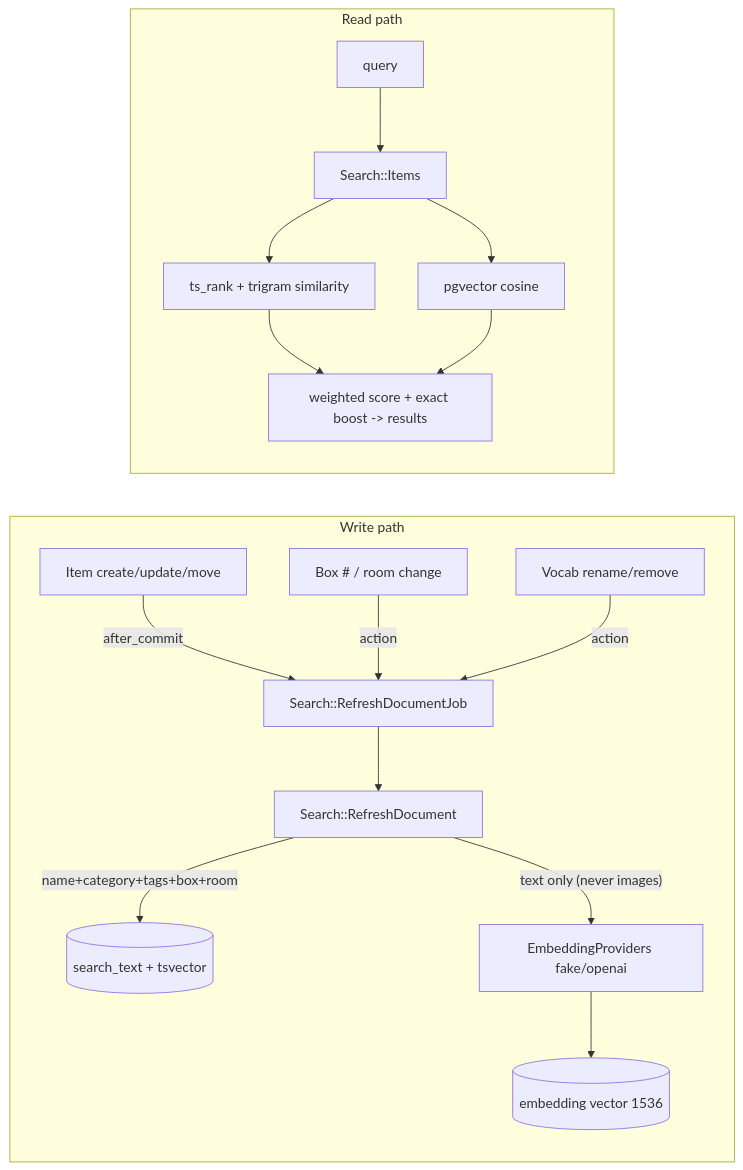
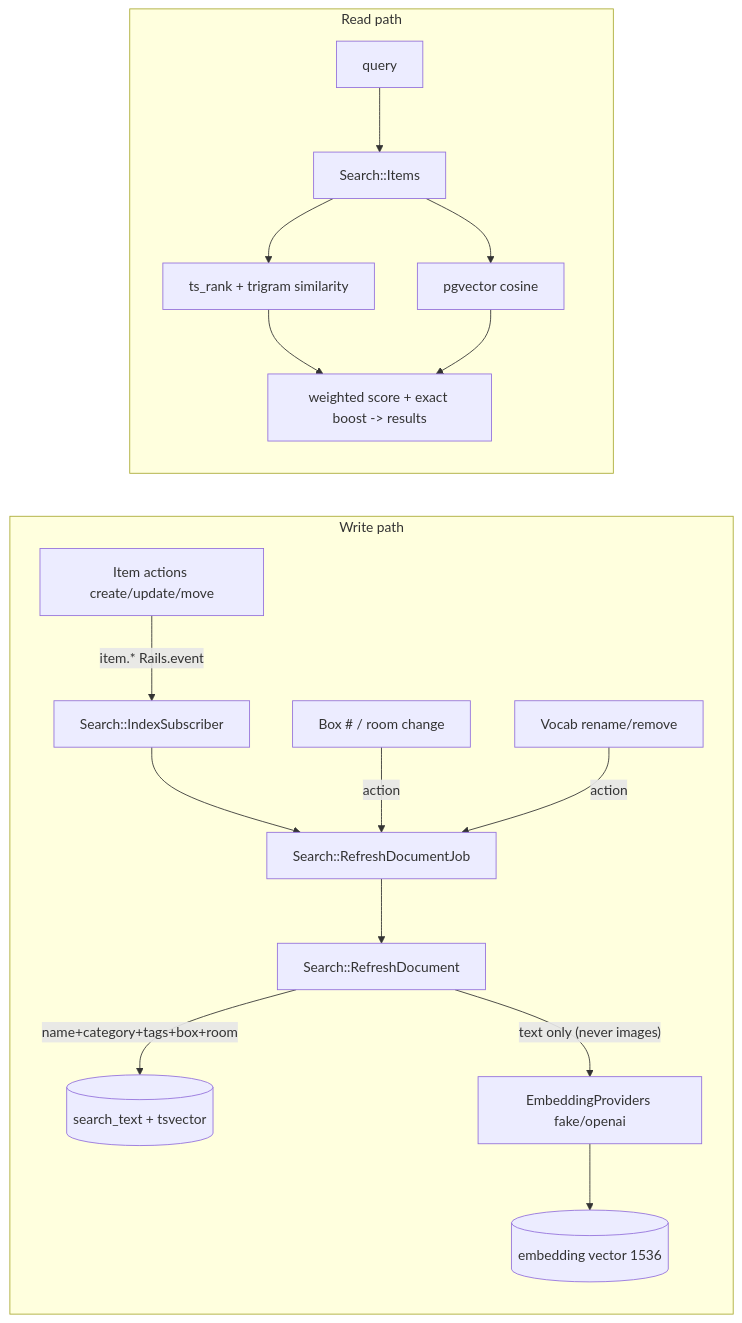
The diagram in doc/phases/Phase D8 - Steps.md (joel/move), drawn with Mermaid before and after one commit. The commit also changed other lines of this file and 9 other files, not shown here.

First line of the commit message:
refactor(search): event-driven indexing via subscriber, not model callbacks (#75 review)

````diff
--- a/doc/phases/Phase D8 - Steps.md
+++ b/doc/phases/Phase D8 - Steps.md
@@ -13,18 +13,19 @@
 ```mermaid
 flowchart LR
   subgraph write[Write path]
-    I[Item create/update/move] -- after_commit --> J[Search::RefreshDocumentJob]
+    I[Item actions create/update/move] -- "item.* Rails.event" --> SUB[Search::IndexSubscriber]
+    SUB --> J[Search::RefreshDocumentJob]
     B[Box # / room change] -- action --> J
     V[Vocab rename/remove] -- action --> J
     J --> RD[Search::RefreshDocument]
     RD -- "name+category+tags+box+room" --> T[(search_text + tsvector)]
     RD -- "text only (never images)" --> E[EmbeddingProviders fake/openai]
     E --> EMB[(embedding vector 1536)]
   end
   subgraph read[Read path]
     Q[query] --> SI[Search::Items]
     SI --> L[ts_rank + trigram similarity]
     SI --> S[pgvector cosine]
     L & S --> R[weighted score + exact boost -> results]
   end
 ```
````
